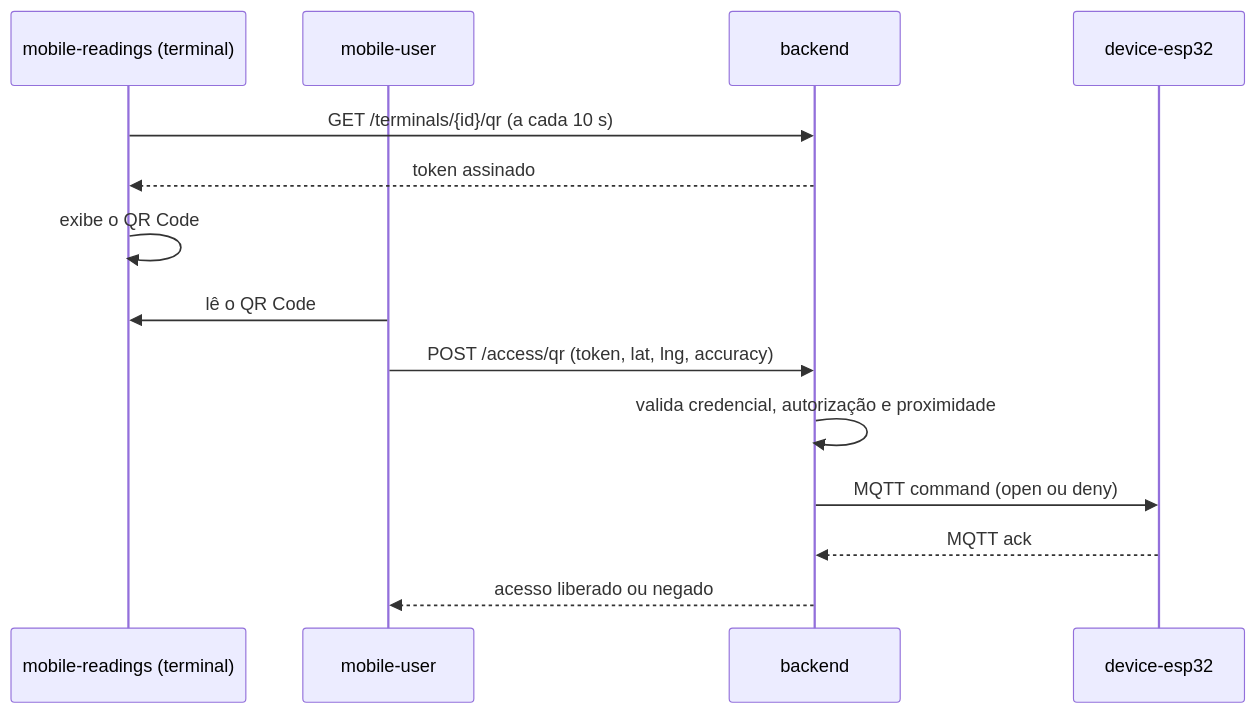
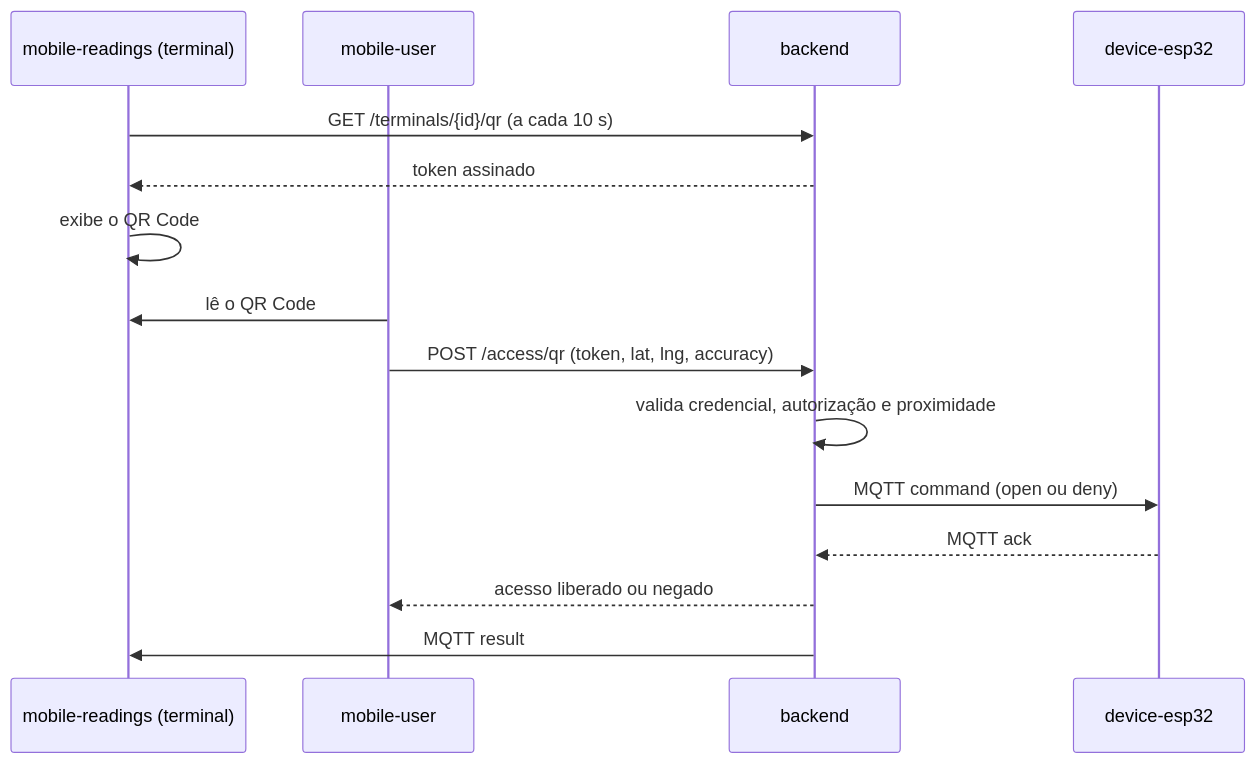
One commit to Helloworld-fatec/access-control changed the second of 5 diagrams in docs/arquitetura.md. Above: the diagram before and after it, drawn with Mermaid. The commit also changed other lines of this file and 2 other files, not shown here.

````diff
--- a/docs/arquitetura.md
+++ b/docs/arquitetura.md
@@ -119,17 +134,18 @@
 ```mermaid
 sequenceDiagram
   participant T as mobile-readings (terminal)
   participant U as mobile-user
   participant B as backend
   participant E as device-esp32
 
   T->>B: GET /terminals/{id}/qr (a cada 10 s)
   B-->>T: token assinado
   T->>T: exibe o QR Code
   U->>T: lê o QR Code
   U->>B: POST /access/qr (token, lat, lng, accuracy)
   B->>B: valida credencial, autorização e proximidade
   B->>E: MQTT command (open ou deny)
   E-->>B: MQTT ack
   B-->>U: acesso liberado ou negado
+  B->>T: MQTT result
 ```
````
